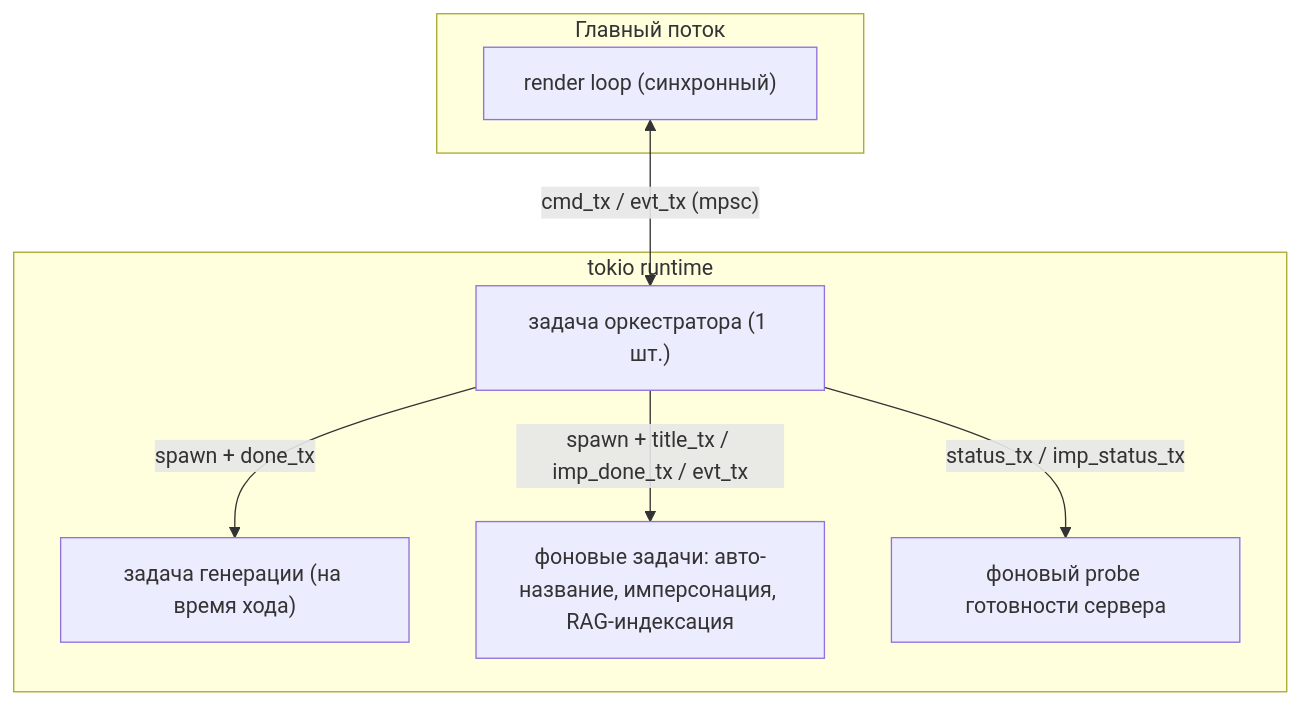
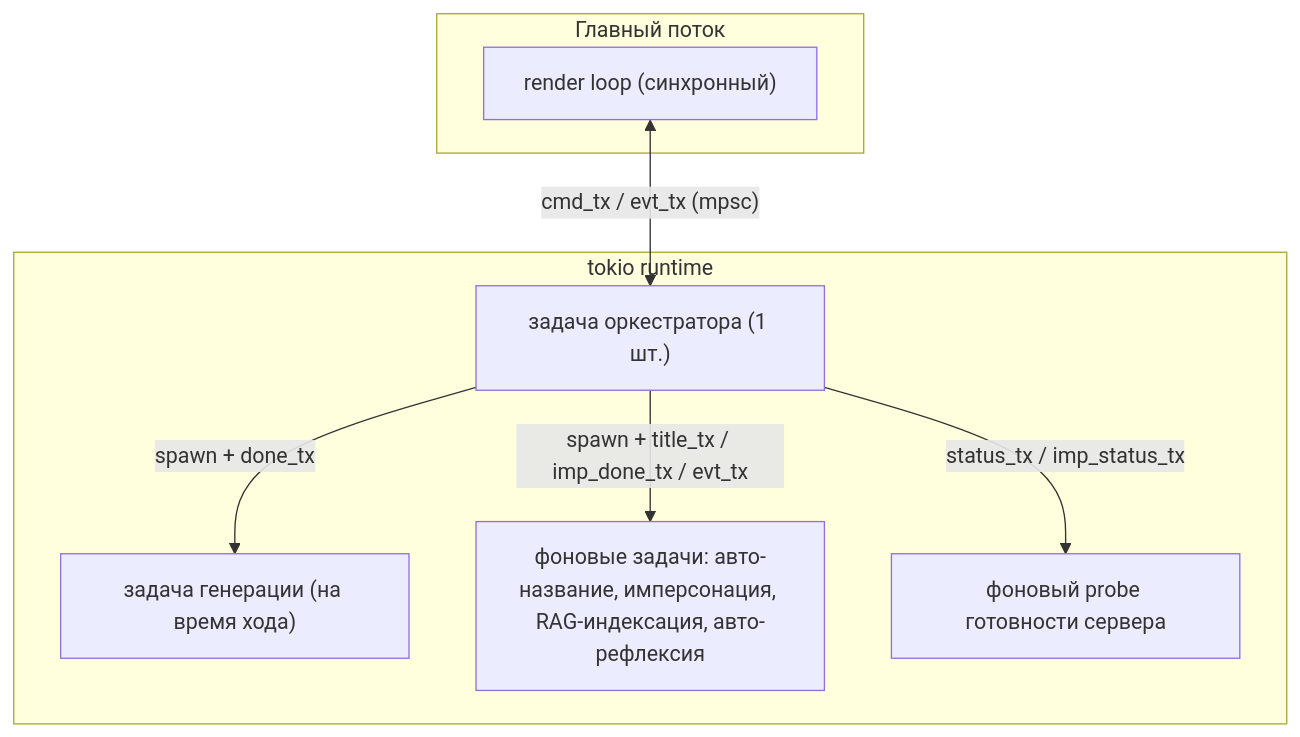
Diagram 12 of 12 in docs/architecture.md (vshylov/mindfork-rs), drawn with Mermaid before and after one commit. The commit also changed other lines of this file and 8 other files, not shown here.

````diff
--- a/docs/architecture.md
+++ b/docs/architecture.md
@@ -705,16 +710,16 @@
 ```mermaid
 flowchart TB
     subgraph MAIN["Главный поток"]
         L["render loop (синхронный)"]
     end
     subgraph RUNTIME["tokio runtime"]
         O["задача оркестратора (1 шт.)"]
         G["задача генерации (на время хода)"]
-        T["фоновые задачи: авто-название, имперсонация, RAG-индексация"]
+        T["фоновые задачи: авто-название, имперсонация, RAG-индексация, авто-рефлексия"]
         P["фоновый probe готовности сервера"]
     end
     L <-->|"cmd_tx / evt_tx (mpsc)"| O
     O -->|"spawn + done_tx"| G
     O -->|"spawn + title_tx / imp_done_tx / evt_tx"| T
     O -->|"status_tx / imp_status_tx"| P
 ```
````
